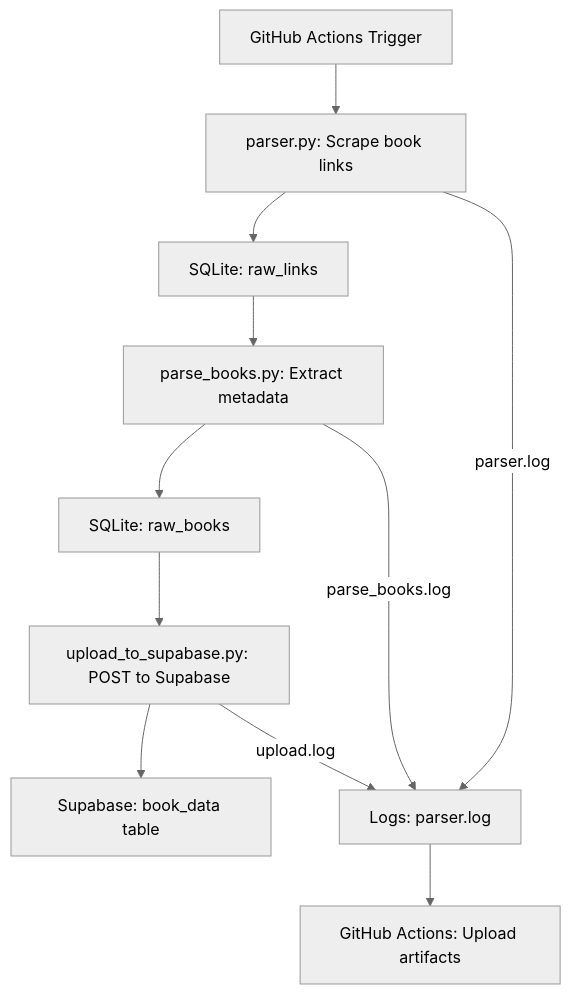
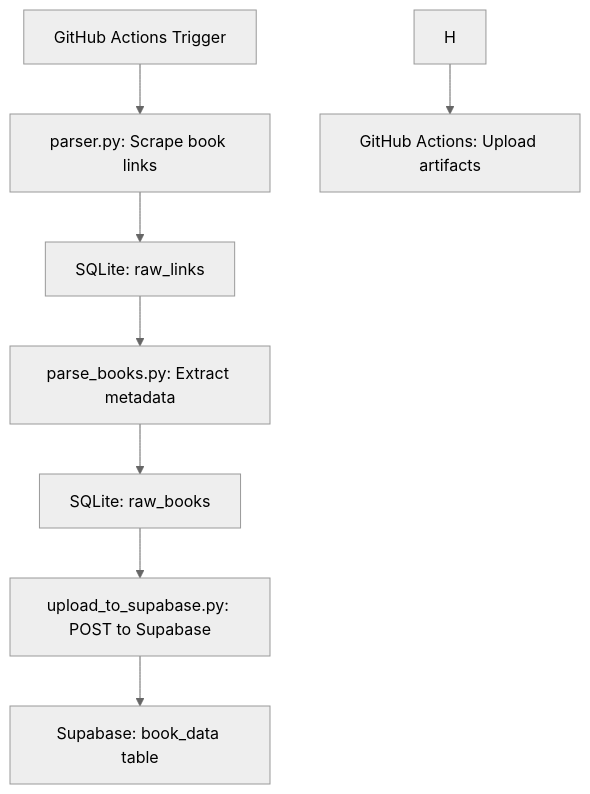
The diagram in README.md (Revo69/vivat-etl), drawn with Mermaid (neutral theme) before and after one commit. The commit also changed other lines of this file, not shown here.

First line of the commit message:
Remove logs section from README

````diff
--- a/README.md
+++ b/README.md
@@ -183,13 +179,10 @@
 ```mermaid
 graph TD
     A[GitHub Actions Trigger] --> B[parser.py: Scrape book links]
     B --> C[SQLite: raw_links]
     C --> D[parse_books.py: Extract metadata]
     D --> E[SQLite: raw_books]
     E --> F[upload_to_supabase.py: POST to Supabase]
     F --> G[Supabase: book_data table]
-    B -->|parser.log| H[Logs: parser.log]
-    D -->|parse_books.log| H
-    F -->|upload.log| H
     H --> I[GitHub Actions: Upload artifacts]
 ```
````
